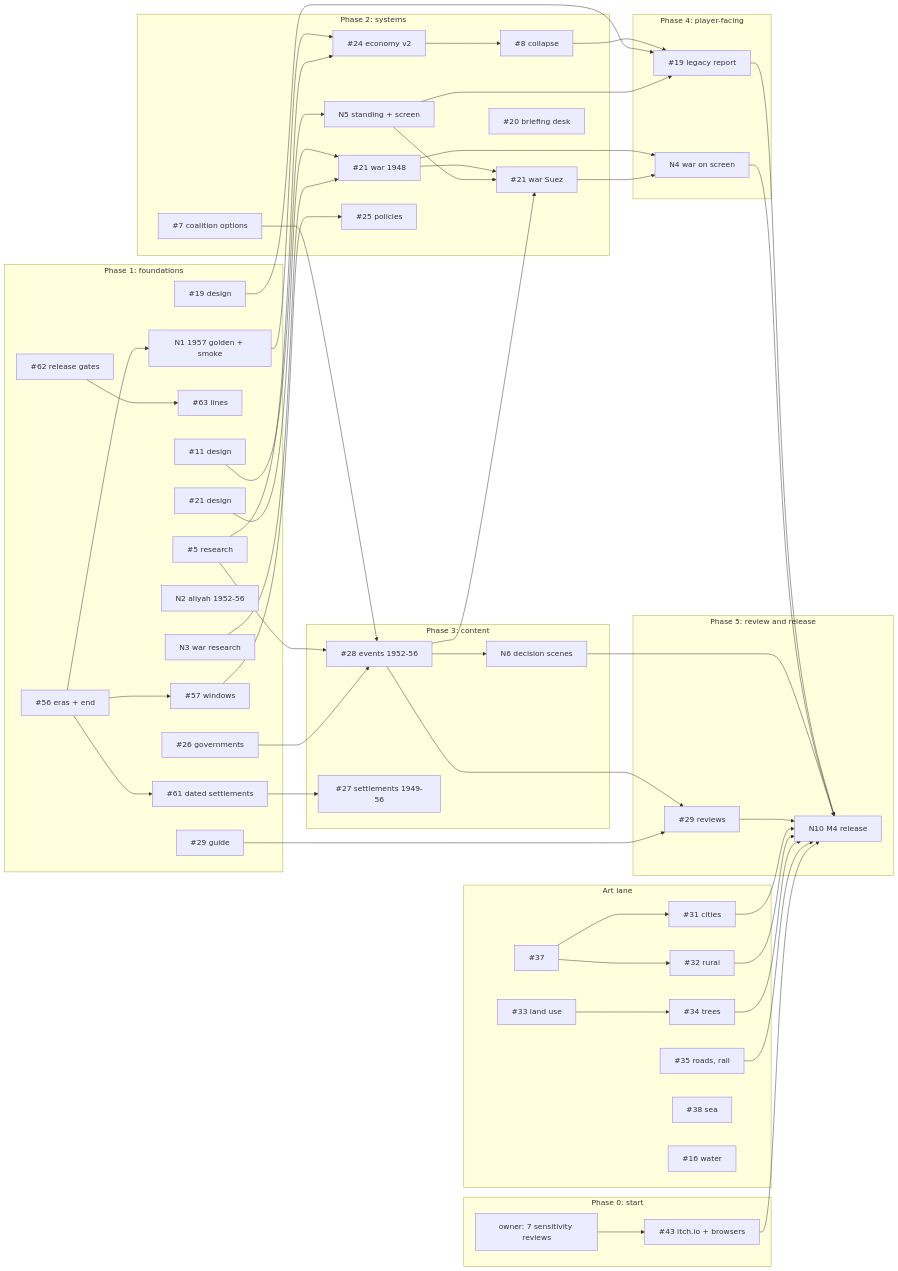
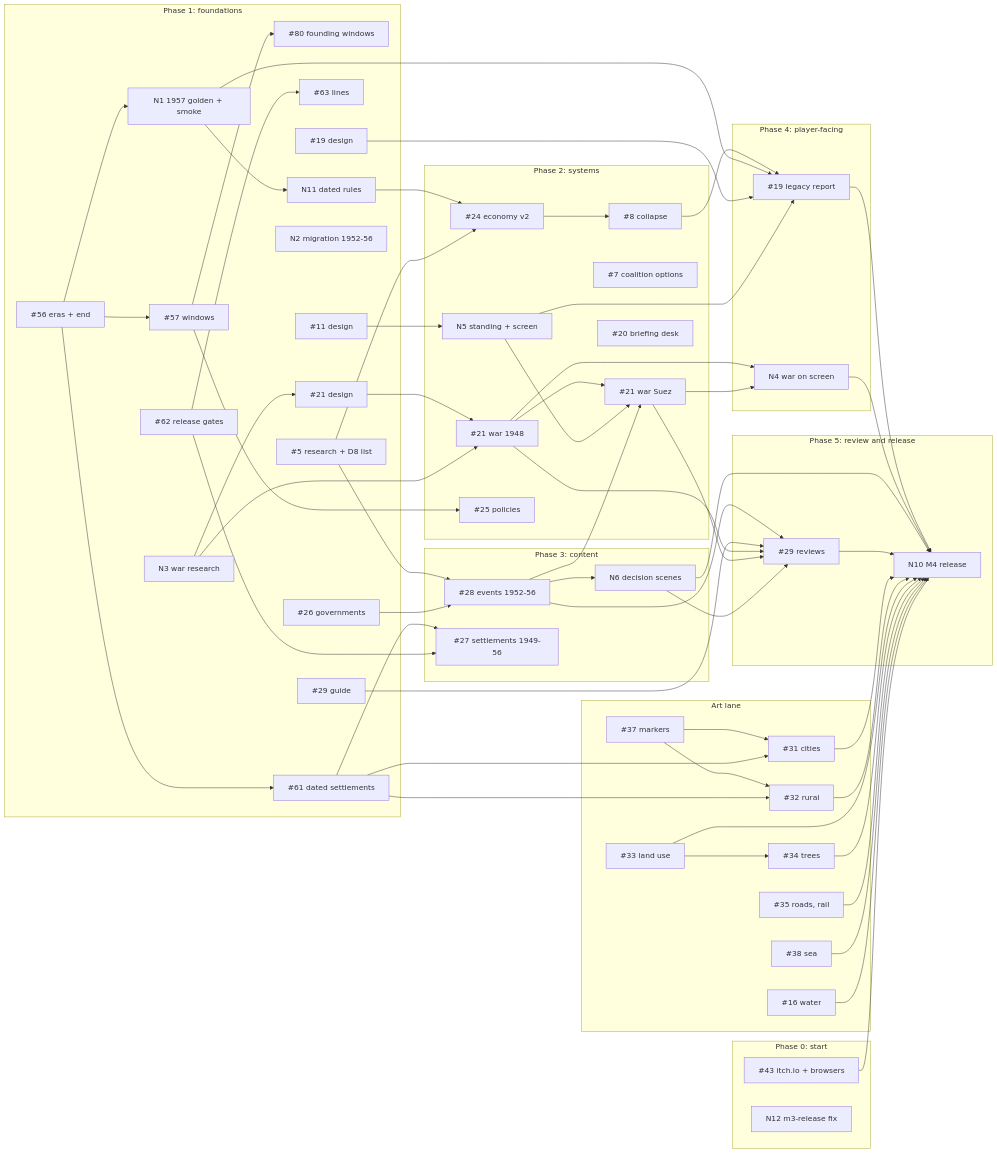
Before and after one commit to EllaSharakanski/statecraft-israel: the diagram in docs/superpowers/plans/2026-10-10-m4-plan.md, drawn with Mermaid. The commit also changed other lines of this file, not shown here.

````diff
--- a/docs/superpowers/plans/2026-10-10-m4-plan.md
+++ b/docs/superpowers/plans/2026-10-10-m4-plan.md
@@ -124,21 +135,23 @@
 flowchart LR
   subgraph P0["Phase 0: start"]
     i43["#43 itch.io + browsers"]
-    rev7["owner: 7 sensitivity reviews"]
+    N12["N12 m3-release fix"]
   end
   subgraph P1["Phase 1: foundations"]
     i56["#56 eras + end"] --> i57["#57 windows"]
+    i57 --> i80["#80 founding windows"]
     i56 --> i61["#61 dated settlements"]
     i62["#62 release gates"] --> i63["#63 lines"]
     i56 --> N1["N1 1957 golden + smoke"]
-    i5["#5 research"]
+    i5["#5 research + D8 list"]
     i26["#26 governments"]
-    N2["N2 aliyah 1952-56"]
+    N2["N2 migration 1952-56"]
     N3["N3 war research"]
     d21["#21 design"]
     d11["#11 design"]
     d19["#19 design"]
     i29a["#29 guide"]
+    N11["N11 dated rules"]
   end
   subgraph P2["Phase 2: systems"]
     i24["#24 economy v2"]
@@ -160,7 +173,7 @@
     N4["N4 war on screen"]
   end
   subgraph PA["Art lane"]
-    a37["#37"] --> a31["#31 cities"]
+    a37["#37 markers"] --> a31["#31 cities"]
     a37 --> a32["#32 rural"]
     a33["#33 land use"] --> a34["#34 trees"]
     a35["#35 roads, rail"]
@@ -171,12 +184,12 @@
     i29b["#29 reviews"]
     N10["N10 M4 release"]
   end
-  N1 --> i24 --> i8 --> i19
+  N1 --> N11 --> i24 --> i8 --> i19
+  N1 --> i19
   i5 --> i24
   i5 --> i28
   i26 --> i28
-  i7 --> i28
-  d21 --> w48
+  N3 --> d21 --> w48
   N3 --> w48 --> wSuez
   d11 --> N5 --> wSuez
   i28 --> wSuez
@@ -184,19 +197,27 @@
   wSuez --> N4
   i57 --> i25
   i61 --> i27
+  i62 --> i27
+  i61 --> a31
+  i61 --> a32
   i28 --> N6
   d19 --> i19
   N5 --> i19
   i28 --> i29b
   i29a --> i29b
+  w48 --> i29b
+  wSuez --> i29b
+  N6 --> i29b
   i19 --> N10
   N4 --> N10
   N6 --> N10
   i29b --> N10
   a31 --> N10
   a32 --> N10
+  a33 --> N10
   a34 --> N10
   a35 --> N10
-  rev7 --> i43
+  a38 --> N10
+  a16 --> N10
   i43 --> N10
 ```
````
